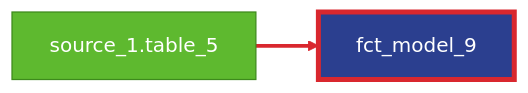
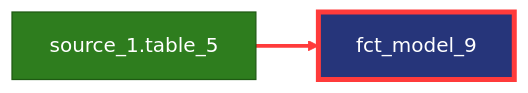
The third of 21 diagrams in docs/rules/modeling.md (dbt-labs/dbt-project-evaluator), drawn with Mermaid before and after one commit. The commit also changed other lines of this file and 6 other files, not shown here.

Commit message:
Readable Mermaid diagrams in both color schemes; scope the source selection note to dbt check

````diff
--- a/docs/rules/modeling.md
+++ b/docs/rules/modeling.md
@@ -66,11 +66,11 @@
 ```mermaid
 flowchart LR
-    classDef source fill:#5eb92f,stroke:#3d8a1c,color:#fff
-    classDef marts fill:#2b3f8f,stroke:#1c2a66,color:#fff
-    classDef flagged stroke:#d9272e,stroke-width:4px
+    classDef source fill:#2e7d1e,stroke:#1f5a13,color:#fff
+    classDef marts fill:#26357a,stroke:#1a2557,color:#fff
+    classDef flagged stroke:#ff3b3b,stroke-width:4px
     source_1_table_5["source_1.table_5"]:::source
     fct_model_9["fct_model_9"]:::marts
     source_1_table_5 --> fct_model_9
     class fct_model_9 flagged
-    linkStyle 0 stroke:#d9272e,stroke-width:3px
+    linkStyle 0 stroke:#ff3b3b,stroke-width:3px
 ```
````
